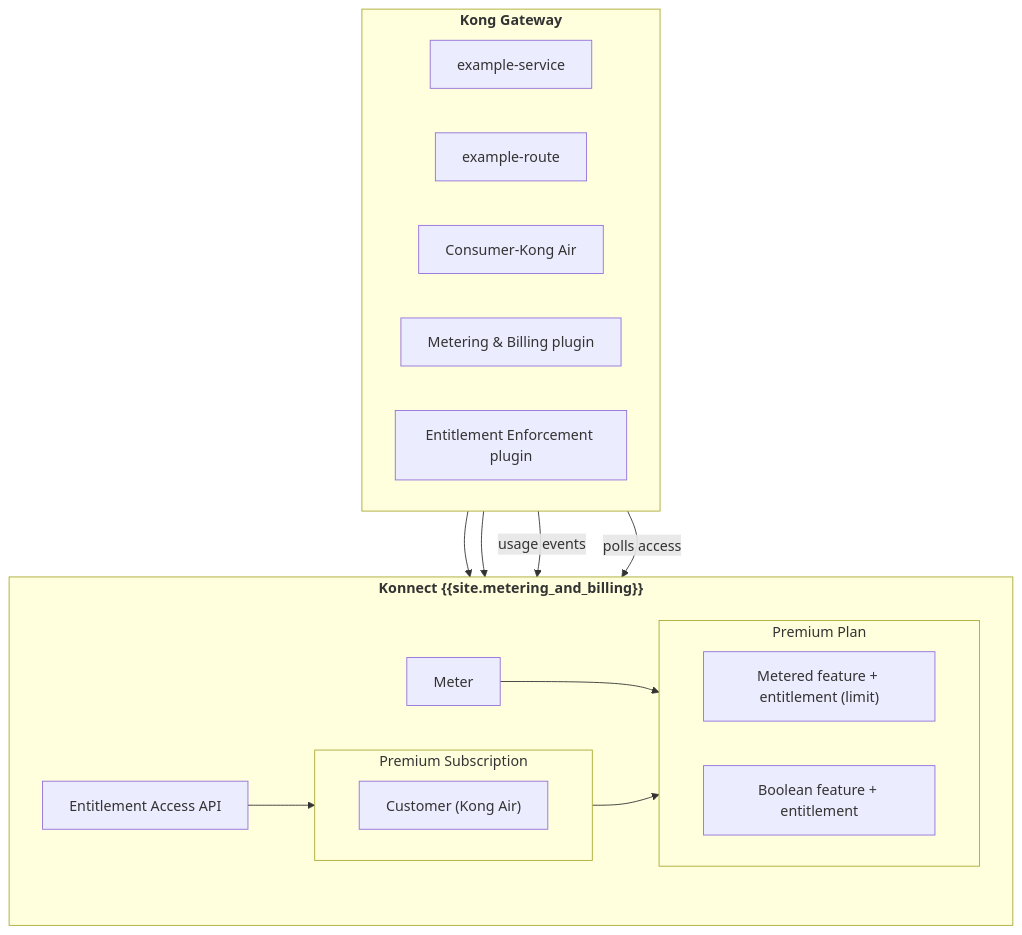
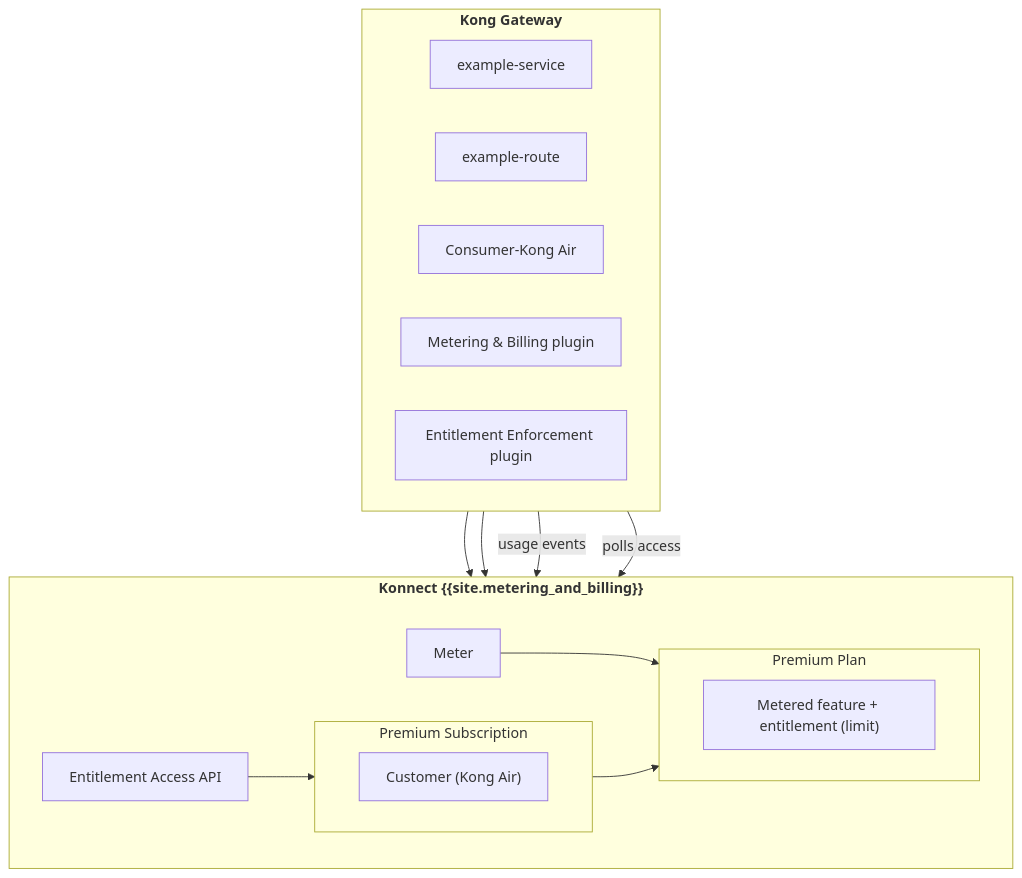
Before and after one commit to Kong/developer.konghq.com: the diagram in app/_how-tos/gateway/get-started-with-entitlement-enforcement.md, drawn with Mermaid. The commit also changed other lines of this file, not shown here.

First line of the commit message:
docs(metering-and-billing): drop the unenforced boolean feature from the guide

```diff
--- a/app/_how-tos/gateway/get-started-with-entitlement-enforcement.md
+++ b/app/_how-tos/gateway/get-started-with-entitlement-enforcement.md
@@ -96,33 +96,32 @@
 {% mermaid %}
 flowchart TB
   subgraph gateway["<b>Kong Gateway</b>"]
     direction LR
         service["example-service"]
         route["example-route"]
         consumer1["Consumer-Kong Air"]
         metering["Metering & Billing plugin"]
         enforcement["Entitlement Enforcement plugin"]
   end
   subgraph mb["<b>Konnect {{site.metering_and_billing}}</b>"]
     direction LR
         meter["Meter"]
     subgraph plan["Premium Plan"]
       direction LR
           feature2["Metered feature + entitlement (limit)"]
-          feature3["Boolean feature + entitlement"]
     end
     subgraph subscription["Premium Subscription"]
       direction LR
           customer1["Customer (Kong Air)"]
     end
     access["Entitlement Access API"]
   end
     service --> meter
     meter --> feature2
     consumer1 --> customer1
     subscription --> plan
     metering -->|usage events| meter
     enforcement -->|polls access| access
     access --> customer1
 
 {% endmermaid %}
```
